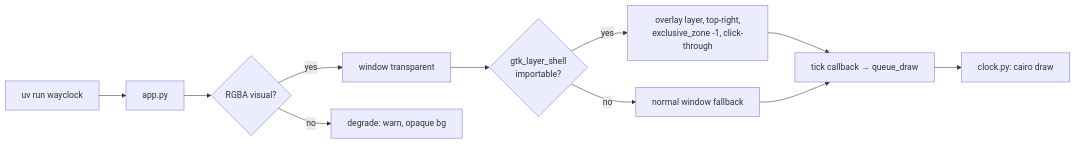
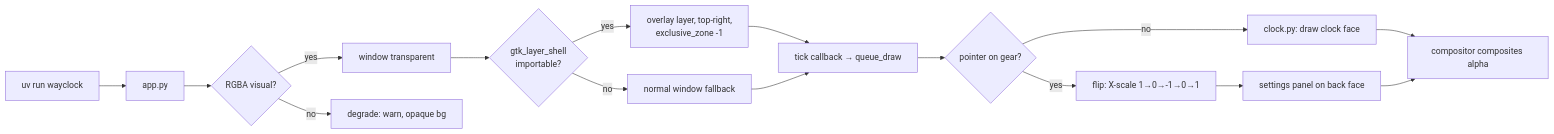
The diagram in PLAN.md (alexdlukens/wayclock), drawn with Mermaid before and after one commit. The commit also changed other lines of this file and 4 other files, not shown here.

````diff
--- a/PLAN.md
+++ b/PLAN.md
@@ -70,13 +80,18 @@
 ```mermaid
 flowchart LR
     A[uv run wayclock] --> B[app.py]
     B --> C{RGBA visual?}
     C -->|yes| D[window transparent]
     C -->|no| E[degrade: warn, opaque bg]
     D --> F{gtk_layer_shell<br/>importable?}
-    F -->|yes| G[overlay layer, top-right,<br/>exclusive_zone -1, click-through]
+    F -->|yes| G[overlay layer, top-right,<br/>exclusive_zone -1]
     F -->|no| H[normal window fallback]
     G --> I[tick callback → queue_draw]
     H --> I
-    I --> J[clock.py: cairo draw]
+    I --> J{pointer on gear?}
+    J -->|no| K[clock.py: draw clock face]
+    J -->|yes| L[flip: X-scale 1→0→-1→0→1]
+    L --> M[settings panel on back face]
+    K --> N[compositor composites alpha]
+    M --> N
 ```
````
